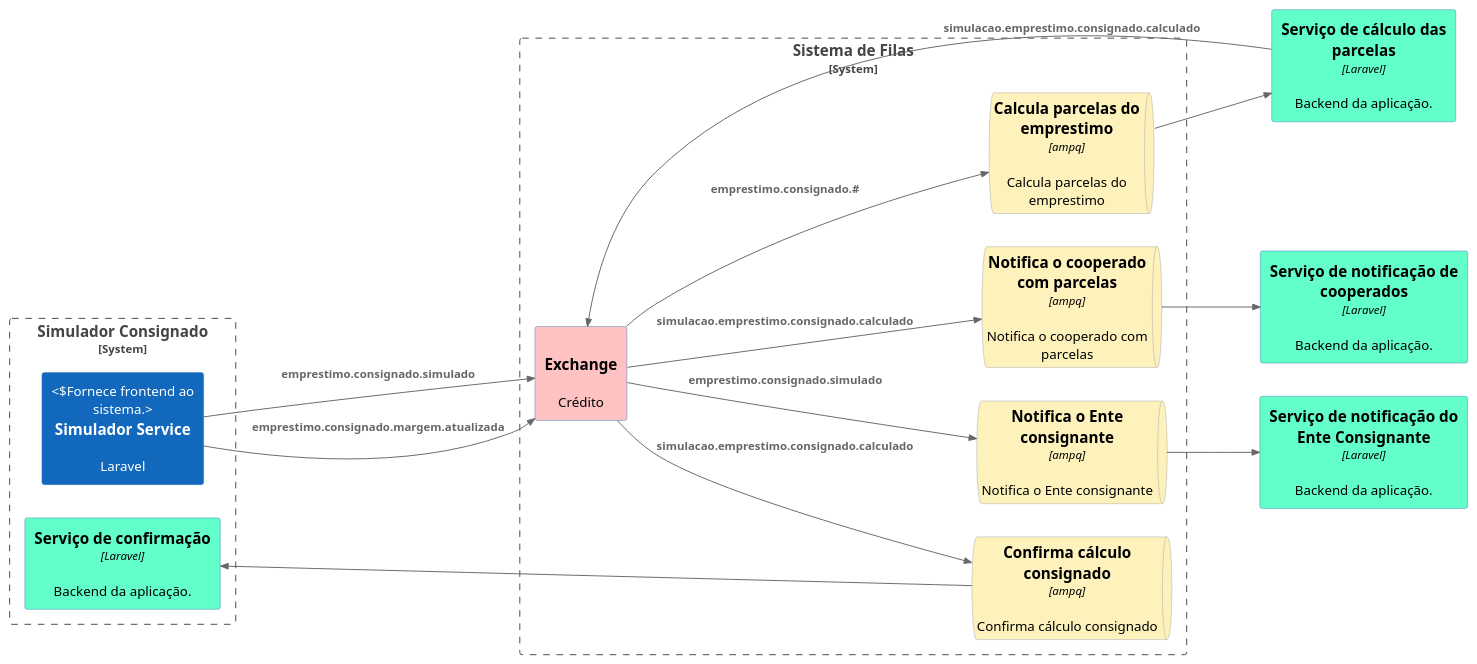
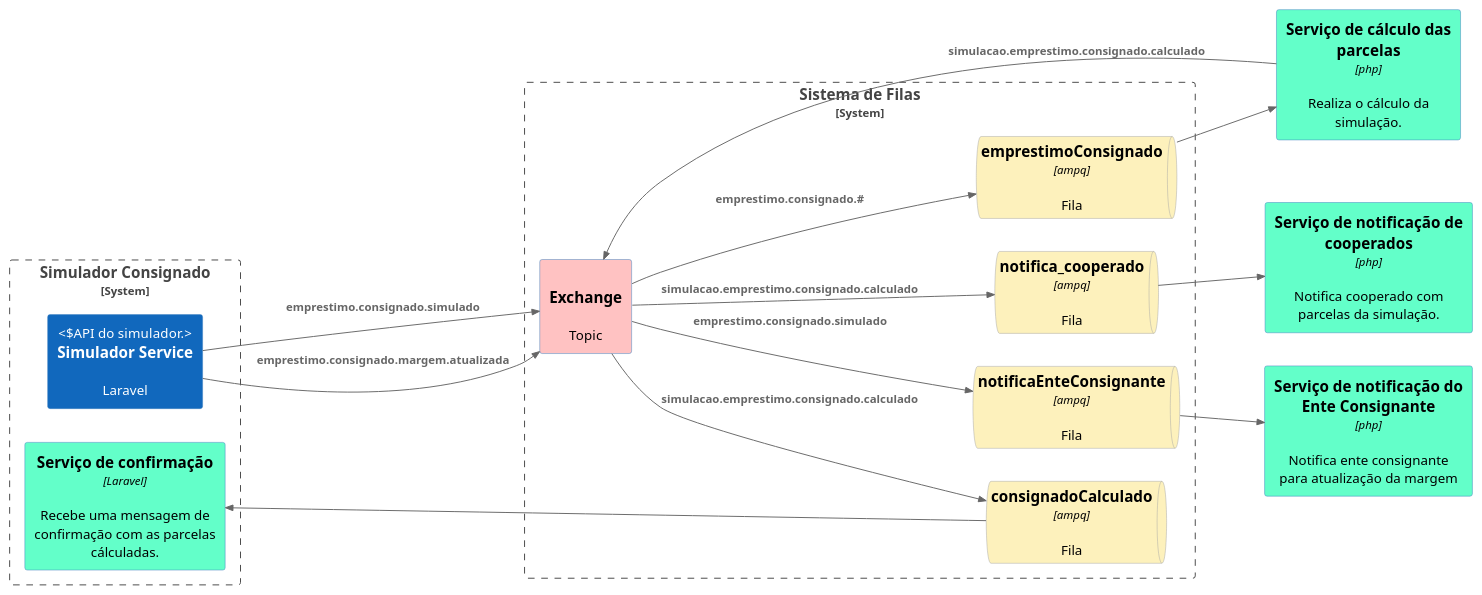
One commit to fabio-palmela/laravel_rabbitmq changed the diagram in docs/rabbitmq_queue.plantuml. Above: the diagram before and after it, drawn with PlantUML. The commit also changed 7 other files, not shown here.

```diff
--- a/docs/rabbitmq_queue.plantuml
+++ b/docs/rabbitmq_queue.plantuml
@@ -1,46 +1,46 @@
 @startuml
 !include https://raw.githubusercontent.com/plantuml-stdlib/C4-PlantUML/master/C4_Container.puml
 
 AddElementTag("filas", $fontColor="black", $bgColor="#fdf1bc")
 AddElementTag("services", $fontColor="black", $bgColor="#63ffc9")
 AddElementTag("exchange", $fontColor="black", $bgColor="#ffc2c2")
 
 ' SET_SKETCH_STYLE($bgColor="lightblue", $fontColor="darkblue", $warningColor="darkred", $footerWarning="Sketch", $footerText="Created for discussion")
 
 
 HIDE_STEREOTYPE()
 
 SHOW_PERSON_OUTLINE()
 LAYOUT_LEFT_RIGHT()
 
 System_Boundary(simulador_consignado, "Simulador Consignado") {
-  System(simulador_backend, "Simulador Service", "Laravel", "Fornece frontend ao sistema.")
-  Container(consumer_confirmacao, "Serviço de confirmação", "Laravel", "Backend da aplicação.", $tags="services")
+  System(simulador_backend, "Simulador Service", "Laravel", "API do simulador.")
+  Container(consumer_confirmacao, "Serviço de confirmação", "Laravel", "Recebe uma mensagem de confirmação com as parcelas cálculadas.", $tags="services")
 }
 
 System_Boundary(rabbitmq, "Sistema de Filas") {
-  System(exchange, "Exchange", "Crédito", "Router", $tags="exchange")
+  System(exchange, "Exchange", "Topic", "Router", $tags="exchange")
 
-  ContainerQueue_Ext(queue_calcular_simulacao, "Calcula parcelas do emprestimo", "ampq", "Calcula parcelas do emprestimo", $tags="filas")
-  ContainerQueue_Ext(queue_notifica_cooperado, "Notifica o cooperado com parcelas", "ampq", "Notifica o cooperado com parcelas", $tags="filas")
-  ContainerQueue_Ext(queue_notifica_ente, "Notifica o Ente consignante", "ampq", "Notifica o Ente consignante", $tags="filas")
-  ContainerQueue_Ext(queue_consignado_calculado, "Confirma cálculo consignado", "ampq", "Confirma cálculo consignado", $tags="filas")
+  ContainerQueue_Ext(queue_calcular_simulacao, "emprestimoConsignado", "ampq", "Fila", $tags="filas")
+  ContainerQueue_Ext(queue_notifica_cooperado, "notifica_cooperado", "ampq", "Fila", $tags="filas")
+  ContainerQueue_Ext(queue_notifica_ente, "notificaEnteConsignante", "ampq", "Fila", $tags="filas")
+  ContainerQueue_Ext(queue_consignado_calculado, "consignadoCalculado", "ampq", "Fila", $tags="filas")
 }
-Container(consumer_calcular, "Serviço de cálculo das parcelas", "Laravel", "Backend da aplicação.", $tags="services")
-Container(consumer_notifica_coop, "Serviço de notificação de cooperados", "Laravel", "Backend da aplicação.", $tags="services")
-Container(consumer_notifica_ente, "Serviço de notificação do Ente Consignante", "Laravel", "Backend da aplicação.", $tags="services")
+Container(consumer_calcular, "Serviço de cálculo das parcelas", "php", "Realiza o cálculo da simulação.", $tags="services")
+Container(consumer_notifica_coop, "Serviço de notificação de cooperados", "php", "Notifica cooperado com parcelas da simulação.", $tags="services")
+Container(consumer_notifica_ente, "Serviço de notificação do Ente Consignante", "php", "Notifica ente consignante para atualização da margem", $tags="services")
 
 
 Rel_D(simulador_backend, exchange, "emprestimo.consignado.simulado")
 Rel_D(simulador_backend, exchange, "emprestimo.consignado.margem.atualizada")
 Rel_D(exchange, queue_consignado_calculado, "simulacao.emprestimo.consignado.calculado")
 Rel_D(queue_consignado_calculado, consumer_confirmacao, "")
 Rel_D(exchange, queue_notifica_cooperado, "simulacao.emprestimo.consignado.calculado")
 Rel_D(queue_notifica_cooperado, consumer_notifica_coop, "")
 Rel_D(exchange, queue_notifica_ente, "emprestimo.consignado.simulado")
 Rel_D(queue_notifica_ente, consumer_notifica_ente, "")
 Rel_D(exchange, queue_calcular_simulacao, "emprestimo.consignado.#")
 Rel_D(queue_calcular_simulacao, consumer_calcular, "")
 Rel_U(consumer_calcular, exchange, "simulacao.emprestimo.consignado.calculado")
 
 @enduml
```
